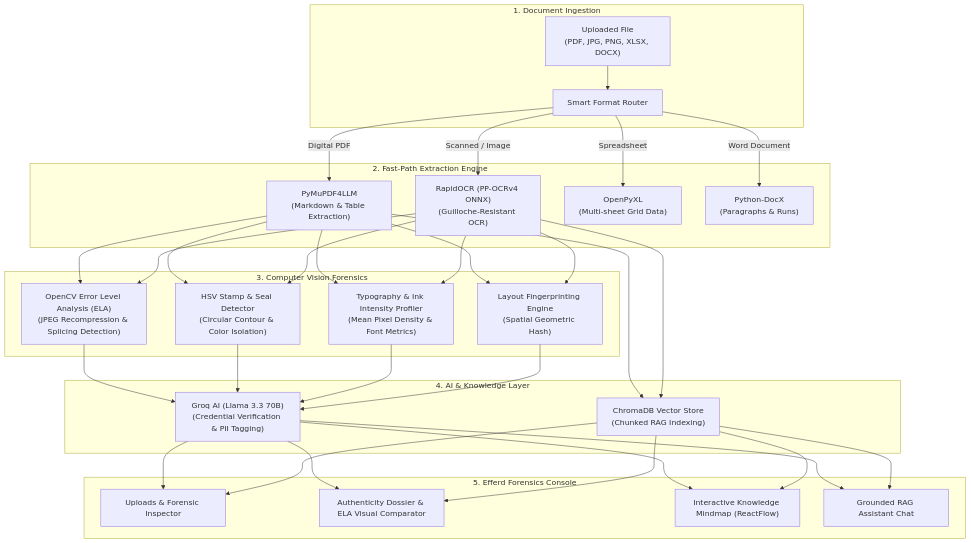
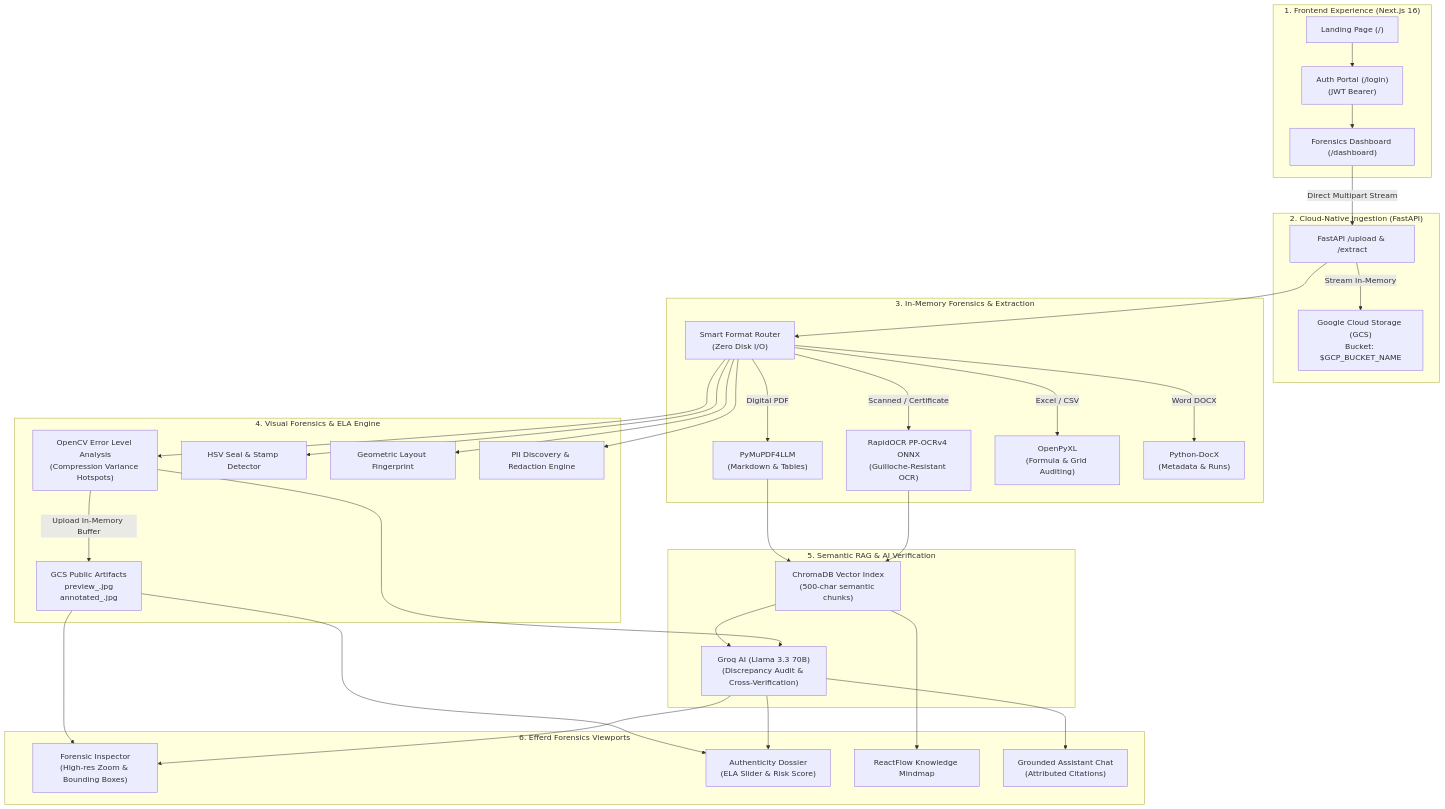
The diagram in README.md (jganeshsetty/document-forensics-agent), drawn with Mermaid before and after one commit. The commit also changed other lines of this file, not shown here.

````diff
--- a/README.md
+++ b/README.md
@@ -28,32 +19,40 @@
 ```mermaid
 flowchart TD
-    subgraph Ingestion ["1. Document Ingestion"]
-        A["Uploaded File\n(PDF, JPG, PNG, XLSX, DOCX)"] --> B["Smart Format Router"]
+    subgraph Client ["1. Frontend Experience (Next.js 16)"]
+        Landing["Landing Page (/)"] --> Auth["Auth Portal (/login)\n(JWT Bearer)"]
+        Auth --> Console["Forensics Dashboard (/dashboard)"]
     end
 
-    subgraph Extraction ["2. Fast-Path Extraction Engine"]
-        B -->|Digital PDF| C["PyMuPDF4LLM\n(Markdown & Table Extraction)"]
-        B -->|Scanned / Image| D["RapidOCR (PP-OCRv4 ONNX)\n(Guilloche-Resistant OCR)"]
-        B -->|Spreadsheet| E["OpenPyXL\n(Multi-sheet Grid Data)"]
-        B -->|Word Document| F["Python-DocX\n(Paragraphs & Runs)"]
+    subgraph Ingestion ["2. Cloud-Native Ingestion (FastAPI)"]
+        Console -->|Direct Multipart Stream| API["FastAPI /upload & /extract"]
+        API -->|Stream In-Memory| GCS["Google Cloud Storage (GCS)\nBucket: $GCP_BUCKET_NAME"]
     end
 
-    subgraph Forensics ["3. Computer Vision Forensics"]
-        C & D --> G["OpenCV Error Level Analysis (ELA)\n(JPEG Recompression & Splicing Detection)"]
-        C & D --> H["HSV Stamp & Seal Detector\n(Circular Contour & Color Isolation)"]
-        C & D --> I["Typography & Ink Intensity Profiler\n(Mean Pixel Density & Font Metrics)"]
-        C & D --> J["Layout Fingerprinting Engine\n(Spatial Geometric Hash)"]
+    subgraph Processing ["3. In-Memory Forensics & Extraction"]
+        API --> SmartRouter["Smart Format Router\n(Zero Disk I/O)"]
+        SmartRouter -->|Digital PDF| PyMu["PyMuPDF4LLM\n(Markdown & Tables)"]
+        SmartRouter -->|Scanned / Certificate| OCR["RapidOCR PP-OCRv4 ONNX\n(Guilloche-Resistant OCR)"]
+        SmartRouter -->|Excel / CSV| Excel["OpenPyXL\n(Formula & Grid Auditing)"]
+        SmartRouter -->|Word DOCX| Word["Python-DocX\n(Metadata & Runs)"]
     end
 
-    subgraph Intelligence ["4. AI & Knowledge Layer"]
-        G & H & I & J --> K["Groq AI (Llama 3.3 70B)\n(Credential Verification & PII Tagging)"]
-        C & D --> L["ChromaDB Vector Store\n(Chunked RAG Indexing)"]
+    subgraph Forensics ["4. Visual Forensics & ELA Engine"]
+        SmartRouter --> ELA["OpenCV Error Level Analysis\n(Compression Variance Hotspots)"]
+        ELA -->|Upload In-Memory Buffer| GCS_Artifacts["GCS Public Artifacts\npreview_<id>.jpg\nannotated_<id>.jpg"]
+        SmartRouter --> Stamp["HSV Seal & Stamp Detector"]
+        SmartRouter --> Layout["Geometric Layout Fingerprint"]
+        SmartRouter --> PII["PII Discovery & Redaction Engine"]
     end
 
-    subgraph Console ["5. Efferd Forensics Console"]
-        K & L --> M["Uploads & Forensic Inspector"]
-        K & L --> N["Authenticity Dossier & ELA Visual Comparator"]
-        K & L --> O["Interactive Knowledge Mindmap (ReactFlow)"]
-        K & L --> P["Grounded RAG Assistant Chat"]
+    subgraph Intelligence ["5. Semantic RAG & AI Verification"]
+        PyMu & OCR --> Chroma["ChromaDB Vector Index\n(500-char semantic chunks)"]
+        Chroma & ELA --> Groq["Groq AI (Llama 3.3 70B)\n(Discrepancy Audit & Cross-Verification)"]
+    end
+
+    subgraph Views ["6. Efferd Forensics Viewports"]
+        GCS_Artifacts & Groq --> V1["Forensic Inspector\n(High-res Zoom & Bounding Boxes)"]
+        GCS_Artifacts & Groq --> V2["Authenticity Dossier\n(ELA Slider & Risk Score)"]
+        Chroma --> V3["ReactFlow Knowledge Mindmap"]
+        Groq --> V4["Grounded Assistant Chat\n(Attributed Citations)"]
     end
 ```
````
